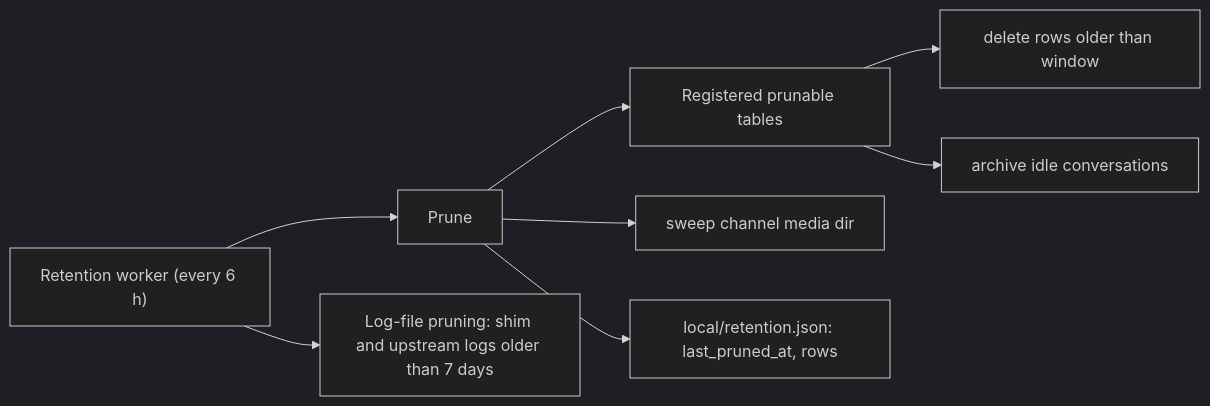
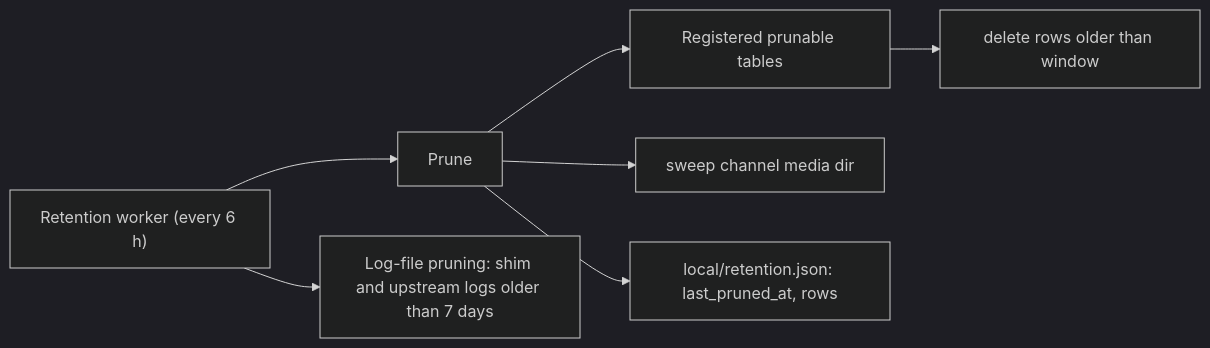
The second of 3 diagrams in docs-site/architecture/observability.md (wyx-sg/Coffer), drawn with Mermaid (dark theme) before and after one commit. The commit also changed other lines of this file and 59 other files, not shown here.

````diff
--- a/docs-site/architecture/observability.md
+++ b/docs-site/architecture/observability.md
@@ -243,10 +239,9 @@
 ```mermaid
 flowchart LR
     W["Retention worker (every 6 h)"] --> S["Prune"]
     S --> R["Registered prunable tables"]
     R --> T1["delete rows older than window"]
-    R --> T2["archive idle conversations"]
     S --> M["sweep channel media dir"]
     W --> F["Log-file pruning: shim and upstream logs older than 7 days"]
     S --> P["local/retention.json: last_pruned_at, rows"]
 ```
````
